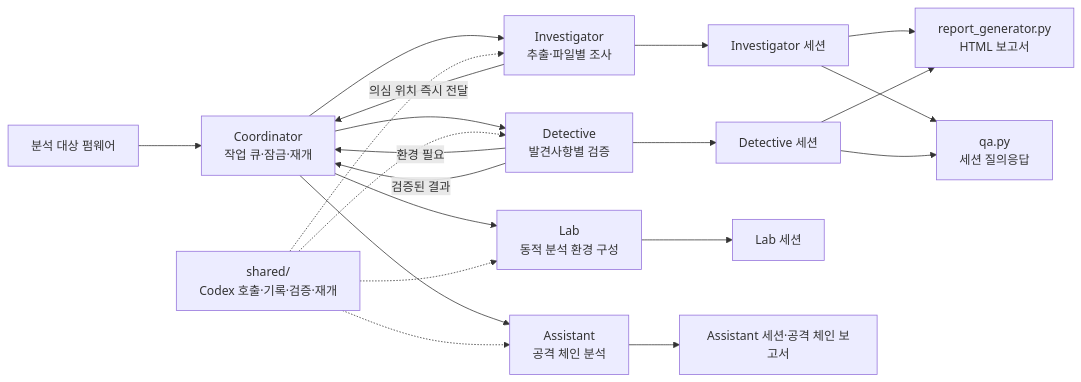
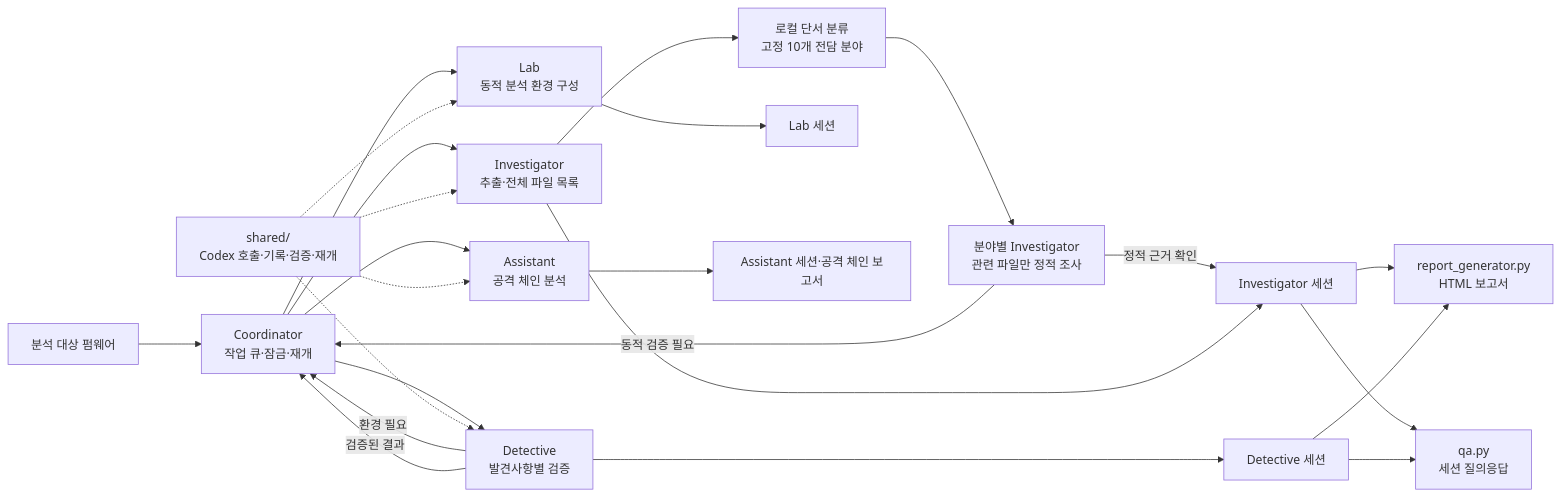
Before and after one commit to gl4sss/FBI: the first of 2 diagrams in README.md, drawn with Mermaid. The commit also changed other lines of this file and 25 other files, not shown here.

````diff
--- a/README.md
+++ b/README.md
@@ -22,23 +22,26 @@
 ```mermaid
 flowchart LR
     FW["분석 대상 펌웨어"] --> CO["Coordinator<br/>작업 큐·잠금·재개"]
-    CO --> INV["Investigator<br/>추출·파일별 조사"]
-    INV -->|"의심 위치 즉시 전달"| CO
+    CO --> INV["Investigator<br/>추출·전체 파일 목록"]
+    INV --> ROUTE["로컬 단서 분류<br/>고정 10개 전담 분야"]
+    ROUTE --> SPEC["분야별 Investigator<br/>관련 파일만 정적 조사"]
+    SPEC -->|"정적 근거 확인"| IR
+    SPEC -->|"동적 검증 필요"| CO
     CO --> DET["Detective<br/>발견사항별 검증"]
     DET -->|"환경 필요"| CO
     CO --> LAB["Lab<br/>동적 분석 환경 구성"]
     DET -->|"검증된 결과"| CO
     CO --> AST["Assistant<br/>공격 체인 분석"]
     INV --> IR["Investigator 세션"]
     DET --> DR["Detective 세션"]
     LAB --> LR["Lab 세션"]
     AST --> AR["Assistant 세션·공격 체인 보고서"]
     IR --> REP["report_generator.py<br/>HTML 보고서"]
     DR --> REP
     IR --> QA["qa.py<br/>세션 질의응답"]
     DR --> QA
     SH["shared/<br/>Codex 호출·기록·검증·재개"] -.-> INV
     SH -.-> DET
     SH -.-> LAB
     SH -.-> AST
 ```
````
